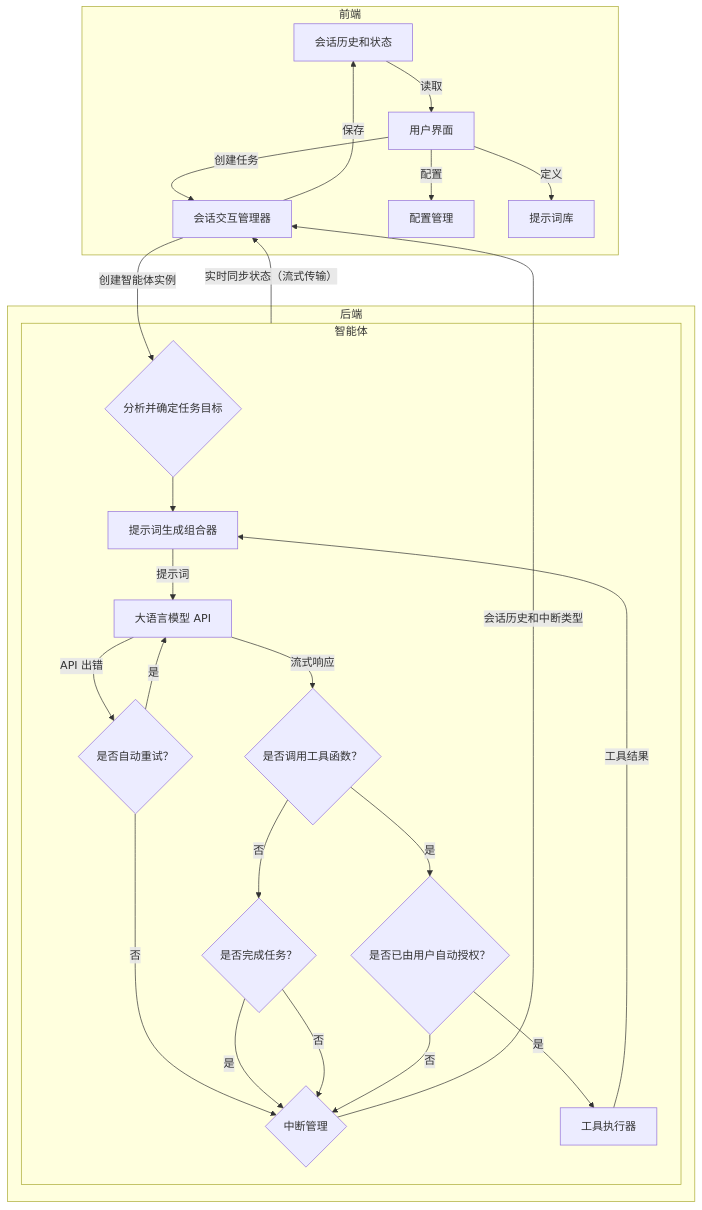
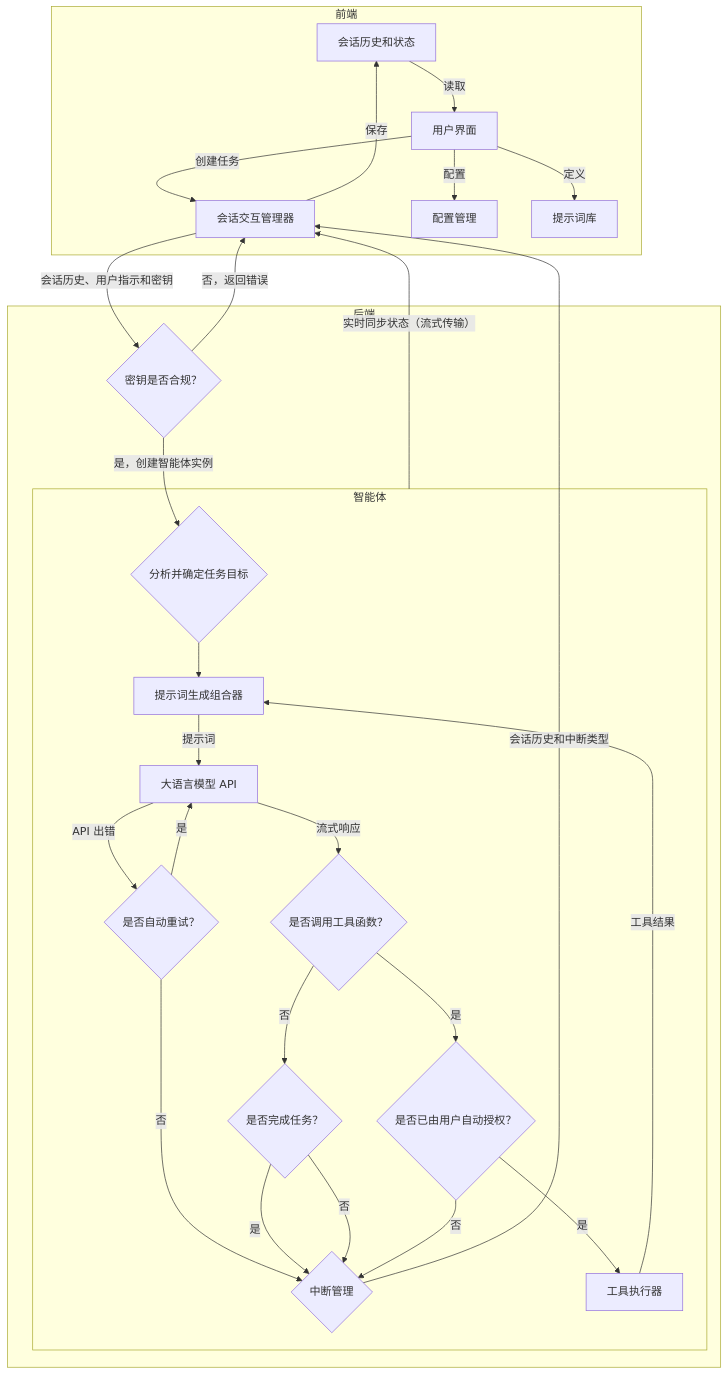
The first of 2 diagrams in docs/README.md (byte-tea/yaa), drawn with Mermaid before and after one commit.

Commit message:
【文档】更新智能体架构图
- 在后端流程中添加了密钥验证步骤
- 增加了密钥合规性和不合规的处理路径
- 优化了流程图的逻辑结构，提高了可读性

````diff
--- a/docs/README.md
+++ b/docs/README.md
@@ -19,33 +19,35 @@
 ```mermaid
 %% yaa 智能体框架架构图
 flowchart TD
     subgraph FRONTEND[前端]
         HIST[会话历史和状态] --> |读取| FE[用户界面]
         FE --> |创建任务| SESSION[会话交互管理器]
         SESSION --> |保存| HIST[会话历史和状态]
         FE --> |配置| CFG[配置管理]
         FE --> |定义| PROMPT[提示词库]
     end
 
     subgraph BACKEND[后端]
-        SESSION --> |创建智能体实例| TASK{分析并确定任务目标}
+        SESSION --> |会话历史、用户指示和密钥| AUTH{密钥是否合规？}
+        AUTH --> |是，创建智能体实例| TASK{分析并确定任务目标}
+        AUTH --> |否，返回错误| SESSION
         AUTO_RETRY --> |否| BREAKER
         BREAKER --> |会话历史和中断类型| SESSION
         AGENT --> |实时同步状态（流式传输）| SESSION
 
         subgraph AGENT[智能体]
             TASK --> PROMPT_GEN[提示词生成组合器]
             PROMPT_GEN -->|提示词| API_SERVICE[大语言模型 API]
             API_SERVICE --> |API 出错| AUTO_RETRY{是否自动重试？}
             AUTO_RETRY --> |是| API_SERVICE
             API_SERVICE -->|流式响应| TOOL_DETECTOR{是否调用工具函数？}
             TOOL_DETECTOR -->|是| APPROVE{是否已由用户自动授权？}
             TOOL_DETECTOR --> |否| FINISH_DETECTOR{是否完成任务？}
             FINISH_DETECTOR --> |是| BREAKER{中断管理}
             FINISH_DETECTOR --> |否| BREAKER{中断管理}
             APPROVE --> |是| TOOL_EXEC[工具执行器]
             APPROVE --> |否| BREAKER
             TOOL_EXEC -->|工具结果| PROMPT_GEN
         end
     end
 ```
````
